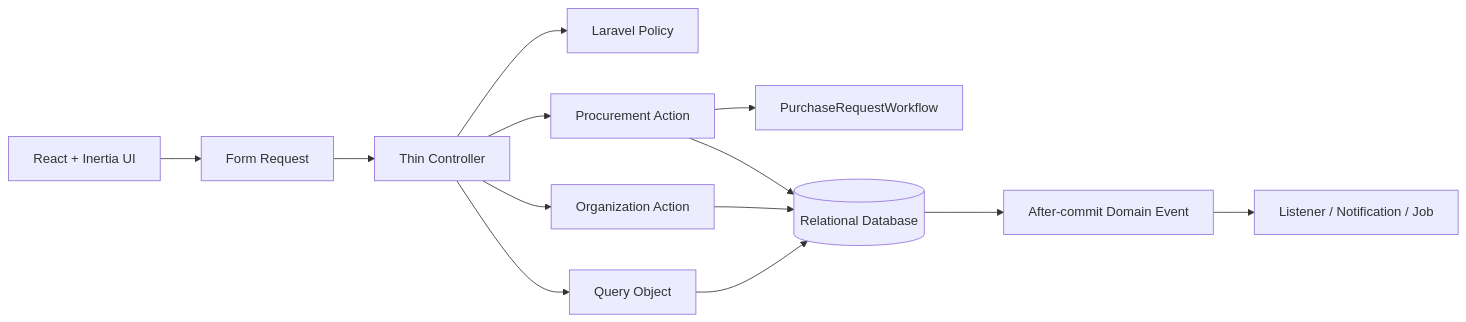
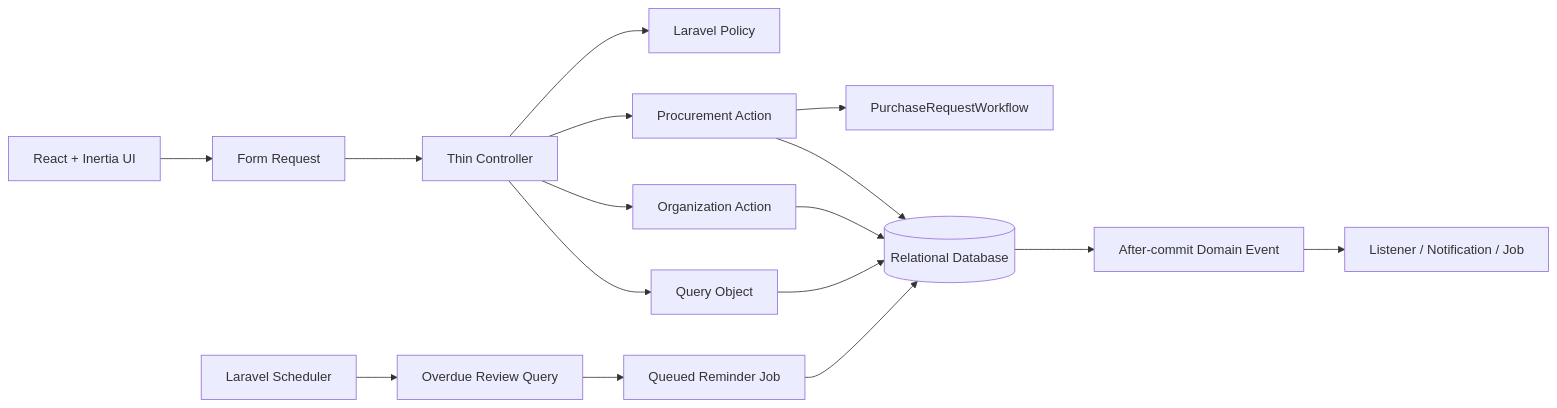
The first of 2 diagrams in README.md (ZiadEldesoky/FlowGate), drawn with Mermaid before and after one commit. The commit also changed other lines of this file and 6 other files, not shown here.

````diff
--- a/README.md
+++ b/README.md
@@ -32,16 +34,19 @@
 ```mermaid
 flowchart LR
     Browser["React + Inertia UI"] --> Request["Form Request"]
     Request --> Controller["Thin Controller"]
     Controller --> Policy["Laravel Policy"]
     Controller --> ProcurementAction["Procurement Action"]
     Controller --> OrganizationAction["Organization Action"]
     ProcurementAction --> Workflow["PurchaseRequestWorkflow"]
     ProcurementAction --> DB[("Relational Database")]
     OrganizationAction --> DB
     DB --> Event["After-commit Domain Event"]
     Event --> Listener["Listener / Notification / Job"]
+    Scheduler["Laravel Scheduler"] --> DueQuery["Overdue Review Query"]
+    DueQuery --> ReminderJob["Queued Reminder Job"]
+    ReminderJob --> DB
 
     Query["Query Object"] --> DB
     Controller --> Query
 ```
````
